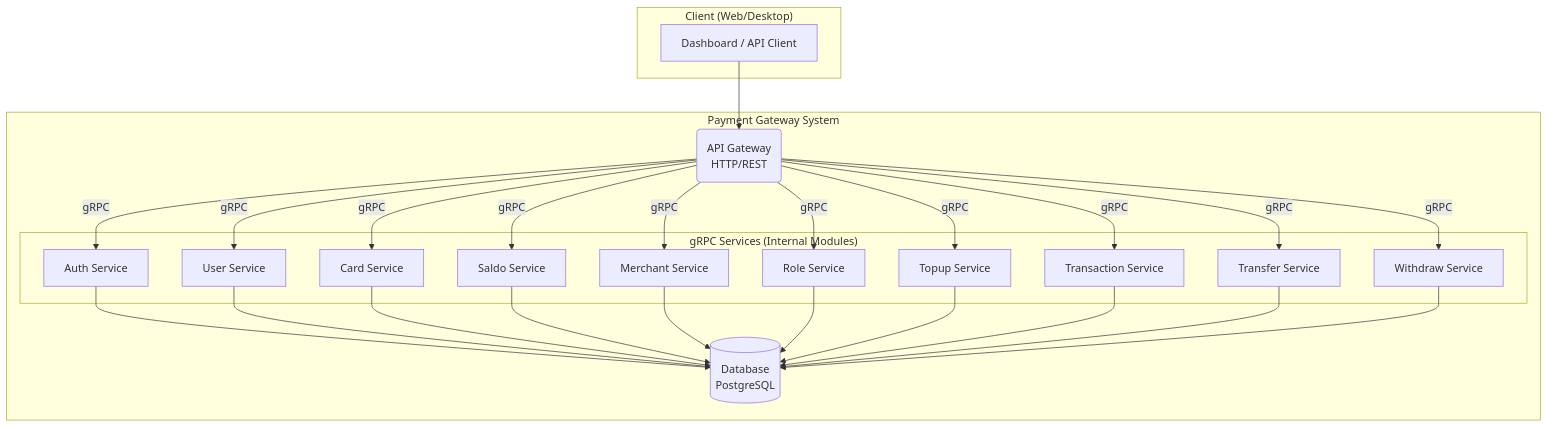
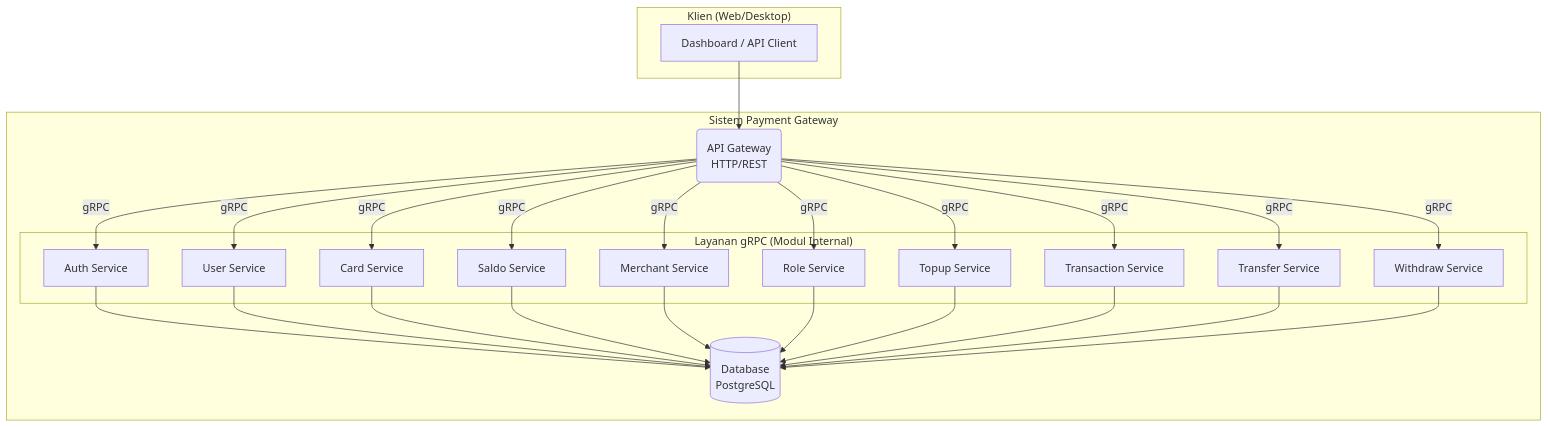
Before and after one commit to MamangRust/example-payment-gateway-sqlx: the first of 2 diagrams in README.md, drawn with Mermaid. The commit also changed other lines of this file and 42 other files, not shown here.

````diff
--- a/README.md
+++ b/README.md
@@ -22,49 +31,49 @@
 ```mermaid
 graph TD
-    subgraph "Client (Web/Desktop)"
+    subgraph "Klien (Web/Desktop)"
         A[Dashboard / API Client]
     end
 
-    subgraph "Payment Gateway System"
+    subgraph "Sistem Payment Gateway"
         B(API Gateway <br> HTTP/REST)
 
-        subgraph "gRPC Services (Internal Modules)"
+        subgraph "Layanan gRPC (Modul Internal)"
             C[Auth Service]
             D[User Service]
             E[Card Service]
             F[Saldo Service]
             G[Merchant Service]
             H[Role Service]
             I[Topup Service]
             J[Transaction Service]
             K[Transfer Service]
             L[Withdraw Service]
         end
 
         M[(Database <br> PostgreSQL)]
     end
 
     A --> B
 
     B -- gRPC --> C
     B -- gRPC --> D
     B -- gRPC --> E
     B -- gRPC --> F
     B -- gRPC --> G
     B -- gRPC --> H
     B -- gRPC --> I
     B -- gRPC --> J
     B -- gRPC --> K
     B -- gRPC --> L
 
     C --> M
     D --> M
     E --> M
     F --> M
     G --> M
     H --> M
     I --> M
     J --> M
     K --> M
     L --> M
 ```
````
